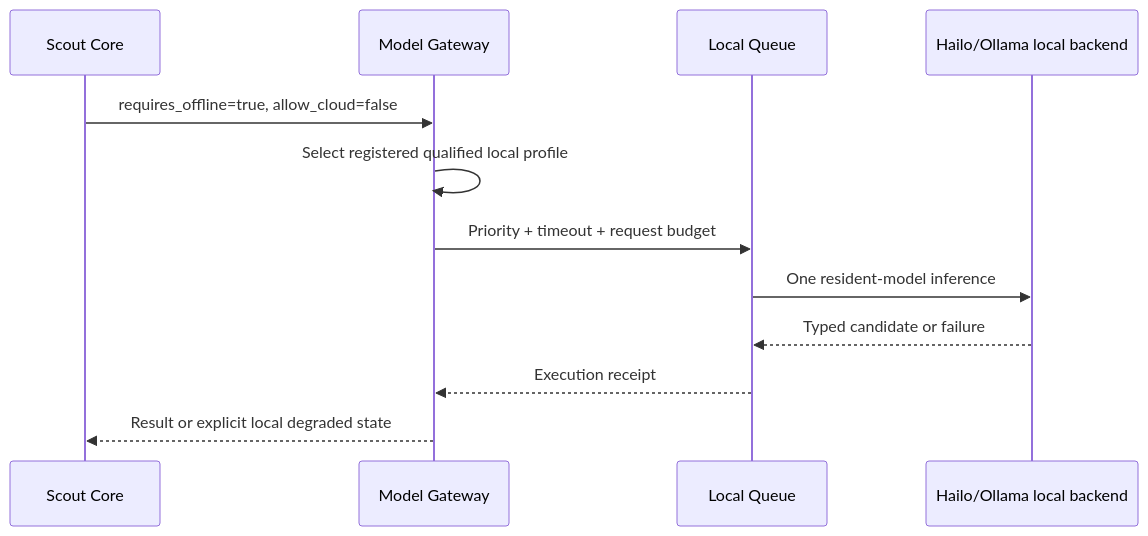
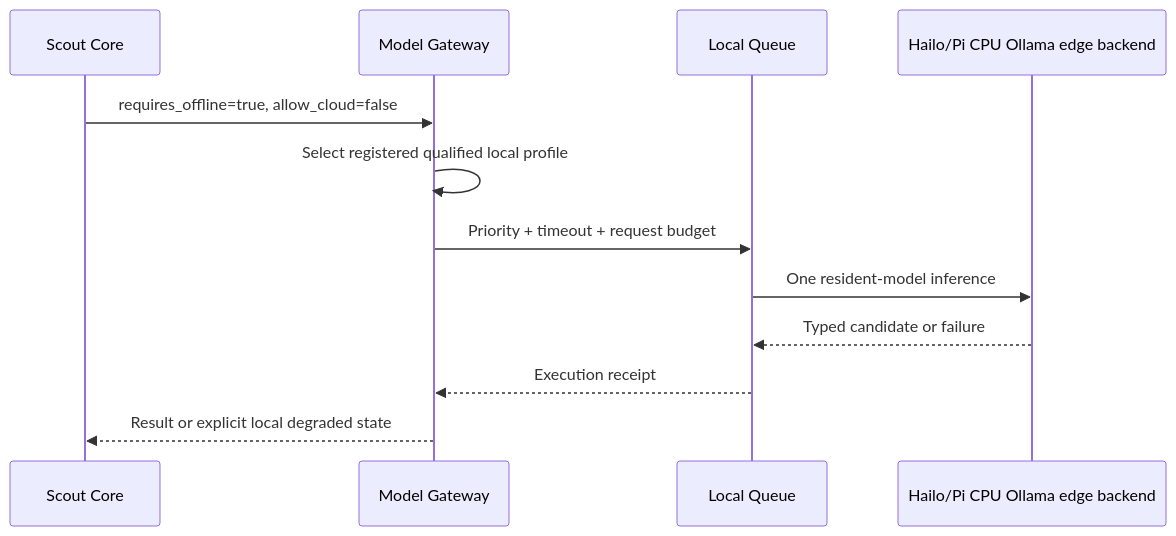
Before and after one commit to alexwang0315/Scout: the sixth of 10 diagrams in docs/specs/scout-ai-nextgen-operating-architecture-v0.md, drawn with Mermaid. The commit also changed other lines of this file and 7 other files, not shown here.

````diff
--- a/docs/specs/scout-ai-nextgen-operating-architecture-v0.md
+++ b/docs/specs/scout-ai-nextgen-operating-architecture-v0.md
@@ -308,14 +317,14 @@
 ```mermaid
 sequenceDiagram
     participant P as Scout Core
     participant MG as Model Gateway
     participant Q as Local Queue
-    participant H as Hailo/Ollama local backend
+    participant H as Hailo/Pi CPU Ollama edge backend
     P->>MG: requires_offline=true, allow_cloud=false
     MG->>MG: Select registered qualified local profile
     MG->>Q: Priority + timeout + request budget
     Q->>H: One resident-model inference
     H-->>Q: Typed candidate or failure
     Q-->>MG: Execution receipt
     MG-->>P: Result or explicit local degraded state
 ```
````
